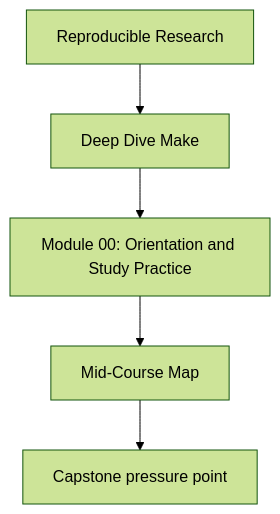
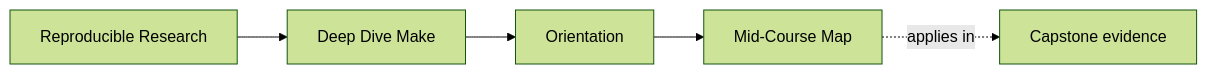
The first of 2 diagrams in programs/reproducible-research/deep-dive-make/course-book/module-00-orientation/mid-course-map.md (bijux/bijux-masterclass), drawn with Mermaid (forest theme) before and after one commit. The commit also changed other lines of this file and 146 other files, not shown here.

Commit message:
docs(deep-dive-make): map build truth and release review surfaces

````diff
--- a/programs/reproducible-research/deep-dive-make/course-book/module-00-orientation/mid-course-map.md
+++ b/programs/reproducible-research/deep-dive-make/course-book/module-00-orientation/mid-course-map.md
@@ -6,7 +6,11 @@
 ```mermaid
-flowchart TD
-  family["Reproducible Research"] --> program["Deep Dive Make"]
-  program --> module["Module 00: Orientation and Study Practice"]
-  module --> concept["Mid-Course Map"]
-  concept --> capstone["Capstone pressure point"]
+graph LR
+  family["Reproducible Research"]
+  program["Deep Dive Make"]
+  section["Orientation"]
+  page["Mid-Course Map"]
+  capstone["Capstone evidence"]
+
+  family --> program --> section --> page
+  page -.applies in.-> capstone
 ```
````
